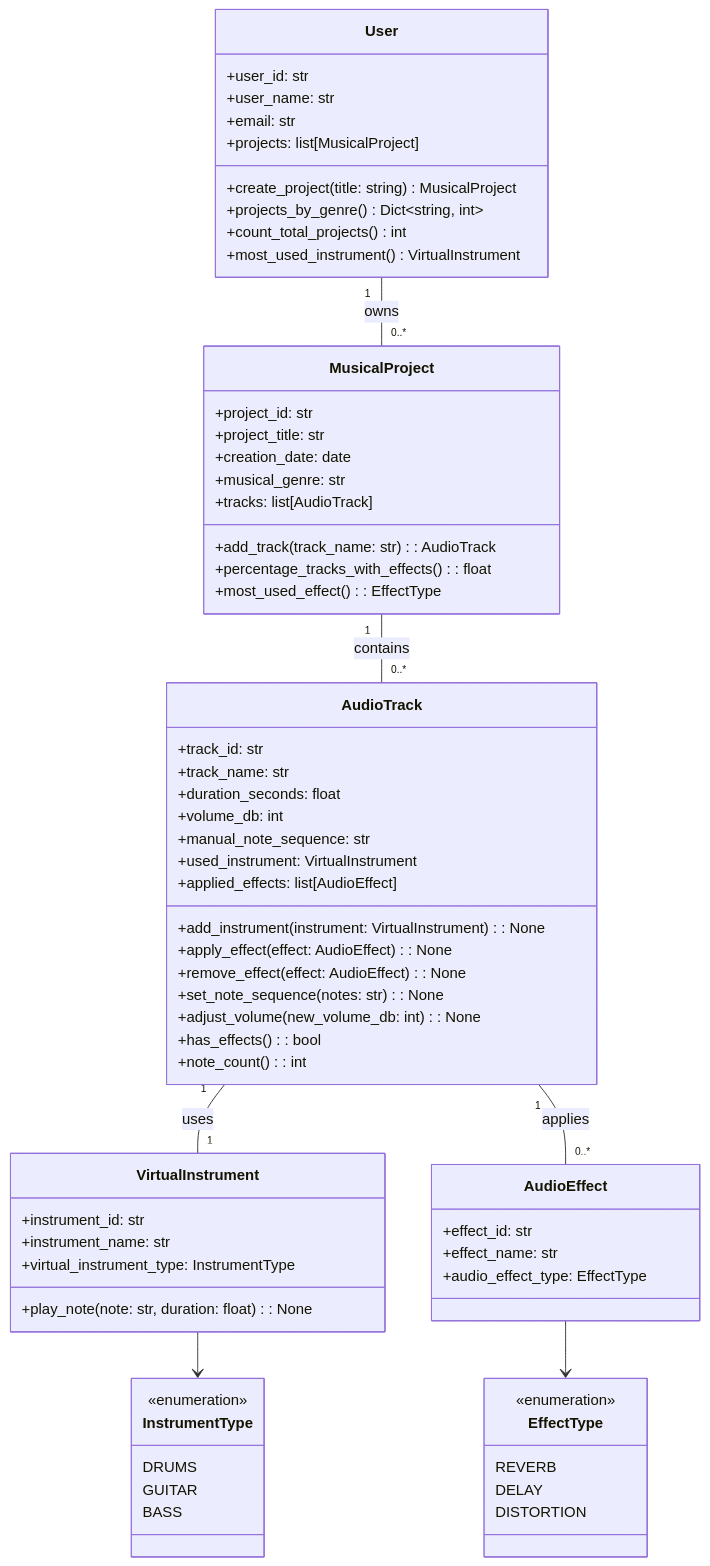
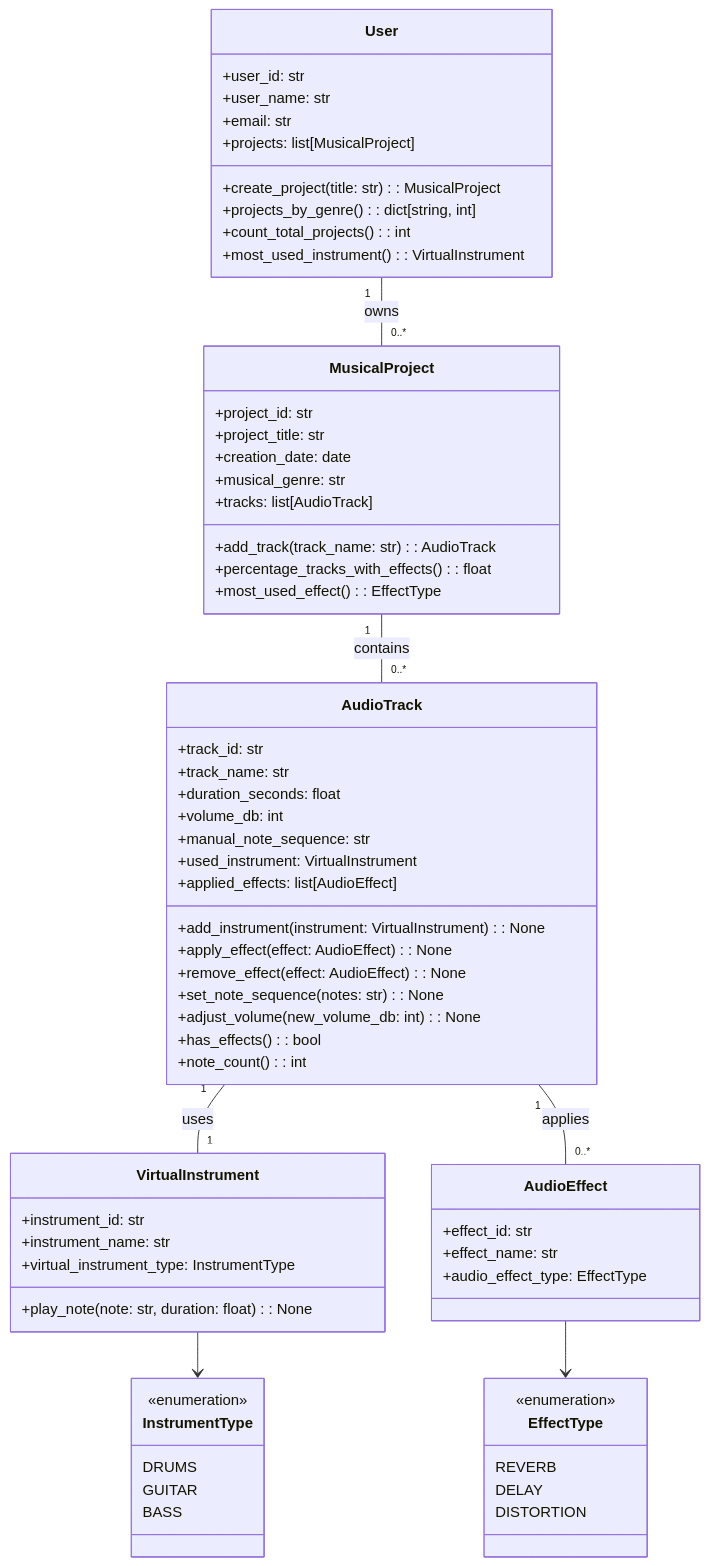
One commit to LucaPontellini/Homepage changed the diagram in Computer_science/New_Python_exercises/Exercises_with_MarmaidJS/Pontellini_034.md. Above: the diagram before and after it, drawn with Mermaid. The commit also changed 2 other files, not shown here.

````diff
--- a/Computer_science/New_Python_exercises/Exercises_with_MarmaidJS/Pontellini_034.md
+++ b/Computer_science/New_Python_exercises/Exercises_with_MarmaidJS/Pontellini_034.md
@@ -104,75 +104,75 @@
 ```mermaid
 classDiagram
     class User {
         +user_id: str
         +user_name: str
         +email: str 
         +projects: list[MusicalProject]
-        +create_project(title: string) MusicalProject
-        +projects_by_genre() Dict~string, int~
-        +count_total_projects() int
-        +most_used_instrument() VirtualInstrument
+        +create_project(title: str): MusicalProject
+        +projects_by_genre(): dict[string, int]
+        +count_total_projects(): int
+        +most_used_instrument(): VirtualInstrument
     }
 
     class MusicalProject {
         +project_id: str
         +project_title: str
         +creation_date: date
         +musical_genre: str
         +tracks: list[AudioTrack]
         +add_track(track_name: str): AudioTrack
         +percentage_tracks_with_effects(): float
         +most_used_effect(): EffectType
     }
 
     class AudioTrack {
         +track_id: str
         +track_name: str
         +duration_seconds: float
         +volume_db: int
         +manual_note_sequence: str
         +used_instrument: VirtualInstrument
         +applied_effects: list[AudioEffect]
         +add_instrument(instrument: VirtualInstrument): None
         +apply_effect(effect: AudioEffect): None
         +remove_effect(effect: AudioEffect): None
         +set_note_sequence(notes: str): None
         +adjust_volume(new_volume_db: int): None
         +has_effects(): bool
         +note_count(): int
     }
 
     class VirtualInstrument {
         +instrument_id: str
         +instrument_name: str
         +virtual_instrument_type: InstrumentType
         +play_note(note: str, duration: float): None
     }
 
     class AudioEffect {
         +effect_id: str
         +effect_name: str
         +audio_effect_type: EffectType
     }
 
     class InstrumentType {
         <<enumeration>>
         DRUMS
         GUITAR
         BASS
     }
 
     class EffectType {
         <<enumeration>>
         REVERB
         DELAY
         DISTORTION
     }
 
 User "1" -- "0..*" MusicalProject : owns
 MusicalProject "1" -- "0..*" AudioTrack : contains
 AudioTrack "1" -- "1" VirtualInstrument : uses
 AudioTrack "1" -- "0..*" AudioEffect : applies
 VirtualInstrument --> InstrumentType
 AudioEffect --> EffectType
 ```
````
